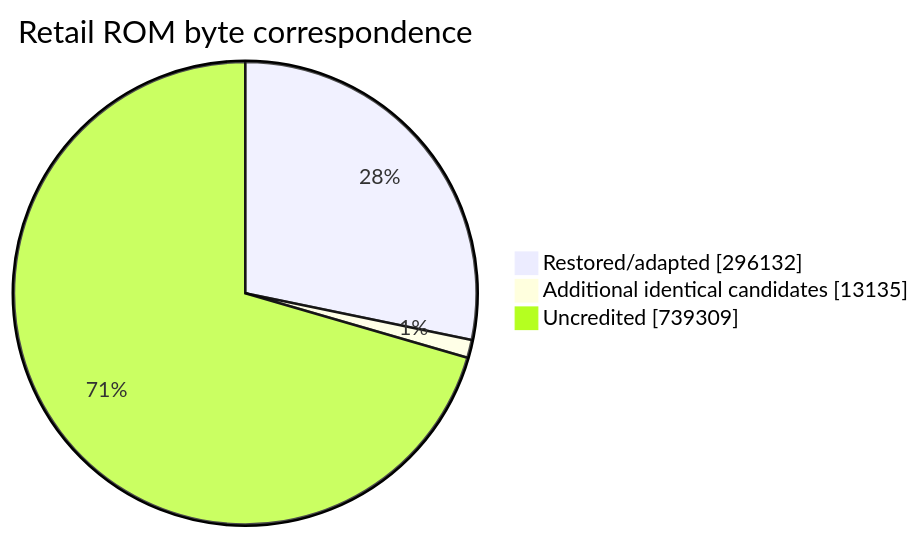
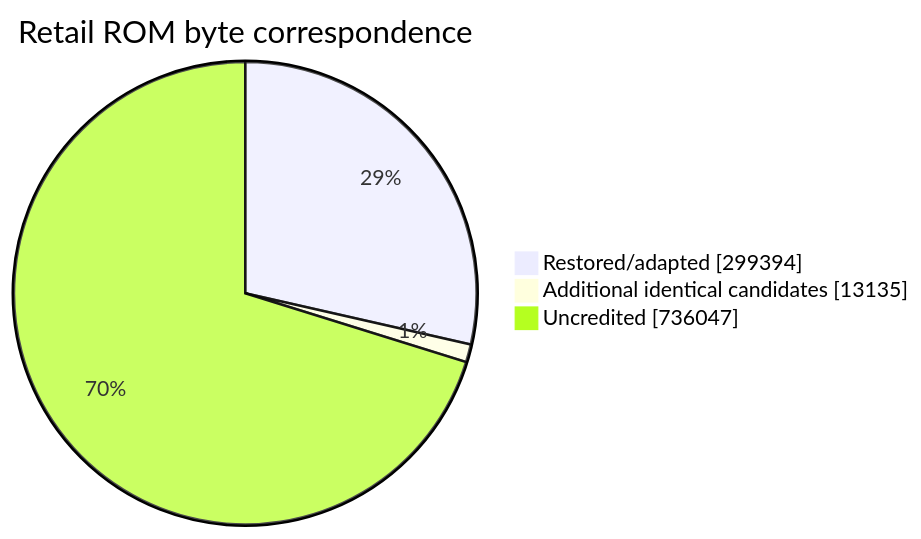
The second of 2 diagrams in readme.md (NachtRaveVL/stuntracefx), drawn with Mermaid before and after one commit. The commit also changed other lines of this file and 8 other files, not shown here.

````diff
--- a/readme.md
+++ b/readme.md
@@ -110,7 +110,7 @@
 ```mermaid
 pie showData
     title Retail ROM byte correspondence
-    "Restored/adapted" : 296132
+    "Restored/adapted" : 299394
     "Additional identical candidates" : 13135
-    "Uncredited" : 739309
+    "Uncredited" : 736047
 ```
````
